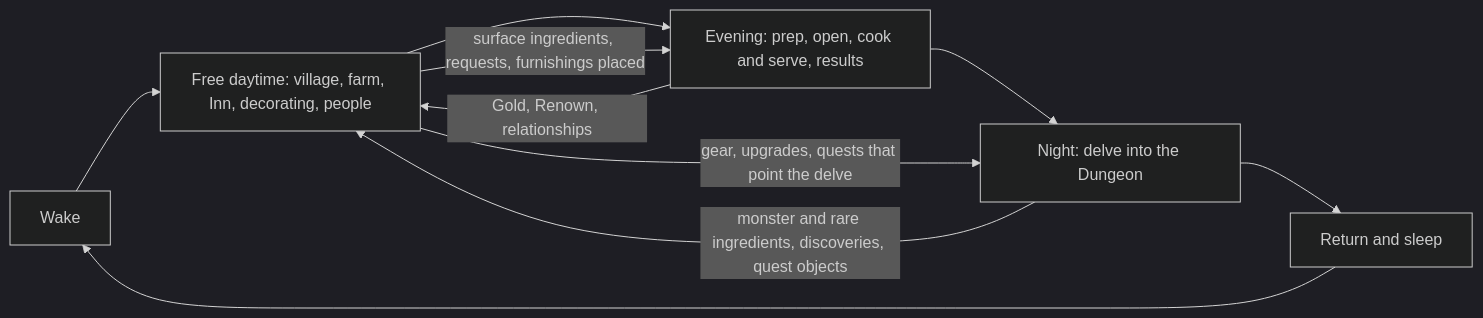
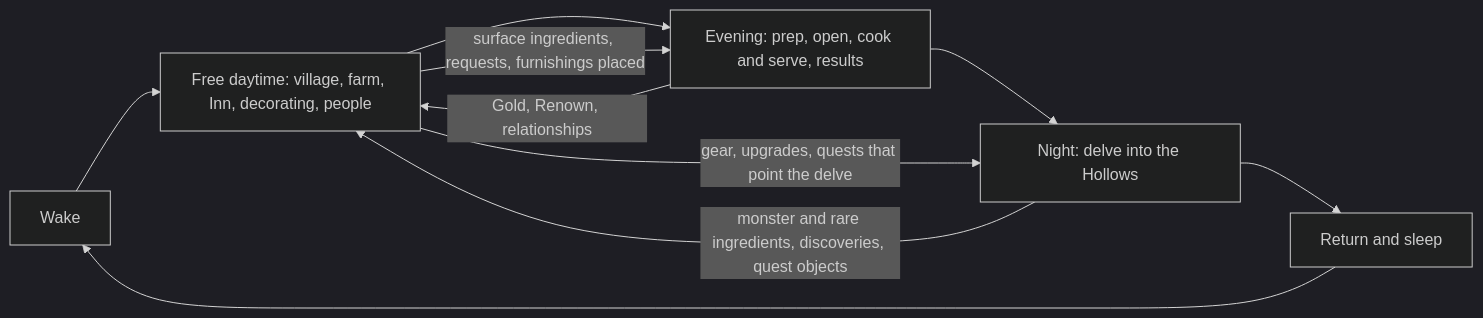
Before and after one commit to sgeep/Hearth-and-Hollows: the first of 2 diagrams in docs/GDD.md, drawn with Mermaid (dark theme). The commit also changed other lines of this file and 8 other files, not shown here.

````diff
--- a/docs/GDD.md
+++ b/docs/GDD.md
@@ -303,12 +310,12 @@
 ```mermaid
 flowchart LR
     W[Wake] --> D[Free daytime: village, farm, Inn, decorating, people]
     D --> E[Evening: prep, open, cook and serve, results]
-    E --> N[Night: delve into the Dungeon]
+    E --> N[Night: delve into the Hollows]
     N --> S[Return and sleep]
     S --> W
     D -- surface ingredients, requests, furnishings placed --> E
     E -- Gold, Renown, relationships --> D
     N -- monster and rare ingredients, discoveries, quest objects --> D
     D -- gear, upgrades, quests that point the delve --> N
 ```
````
